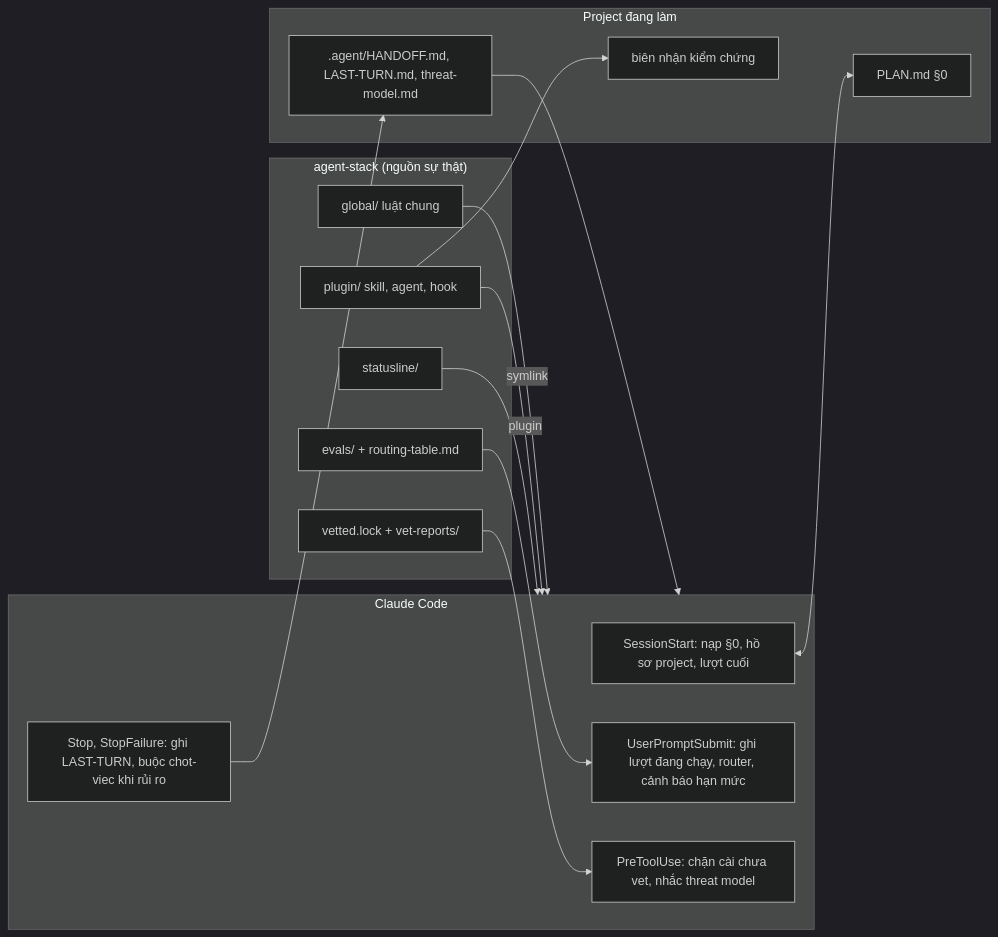
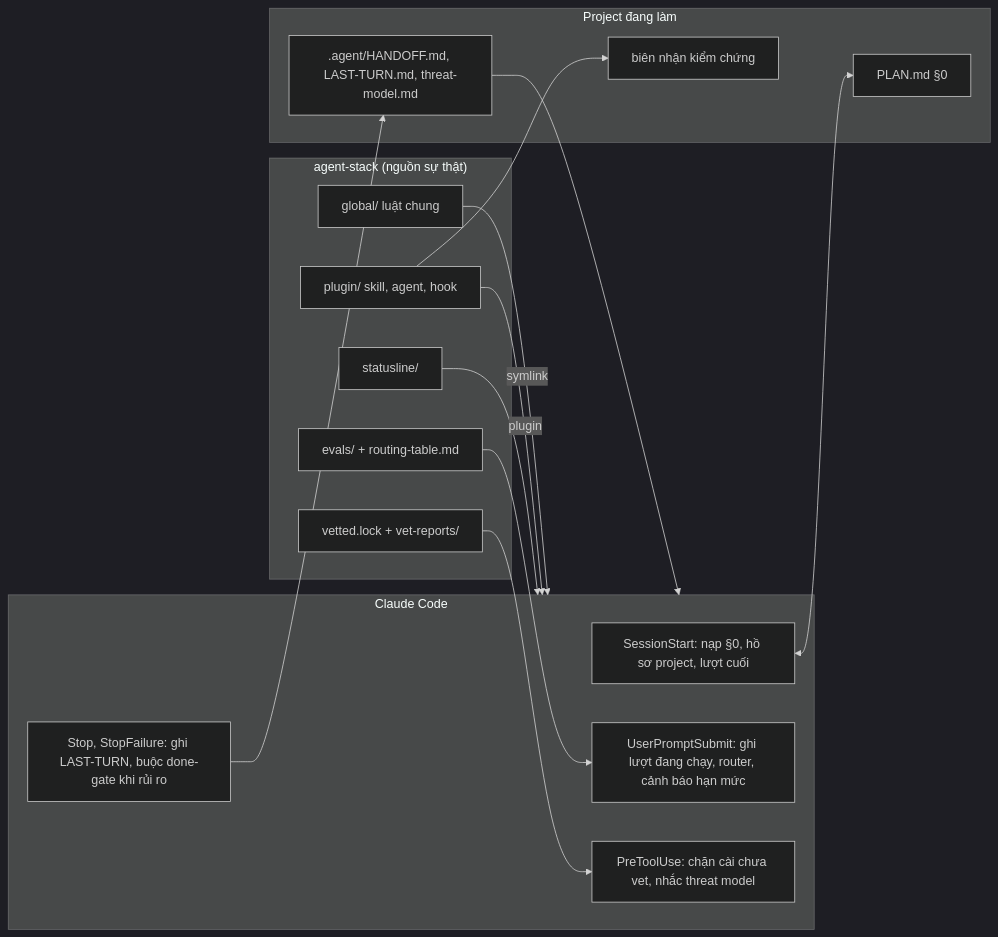
The diagram in README.md (tdHuy22/agent-stack), drawn with Mermaid (dark theme) before and after one commit. The commit also changed other lines of this file and 83 other files, not shown here.

````diff
--- a/README.md
+++ b/README.md
@@ -41,33 +41,33 @@
 ```mermaid
 flowchart LR
     subgraph Repo["agent-stack (nguồn sự thật)"]
         G["global/ luật chung"]
         P["plugin/ skill, agent, hook"]
         S["statusline/"]
         V["vetted.lock + vet-reports/"]
         E["evals/ + routing-table.md"]
     end
 
     subgraph CC["Claude Code"]
         H1[SessionStart: nạp §0, hồ sơ project, lượt cuối]
         H2[UserPromptSubmit: ghi lượt đang chạy, router, cảnh báo hạn mức]
         H3[PreToolUse: chặn cài chưa vet, nhắc threat model]
-        H4[Stop, StopFailure: ghi LAST-TURN, buộc chot-viec khi rủi ro]
+        H4[Stop, StopFailure: ghi LAST-TURN, buộc done-gate khi rủi ro]
     end
 
     subgraph Proj["Project đang làm"]
         PL[PLAN.md §0]
         AG[.agent/HANDOFF.md, LAST-TURN.md, threat-model.md]
         RC[biên nhận kiểm chứng]
     end
 
     G -- symlink --> CC
     P -- plugin --> CC
     S --> CC
     V --> H3
     E --> H2
     H1 <--> PL
     H4 --> AG
     P --> RC
     AG --> CC
 ```
````
